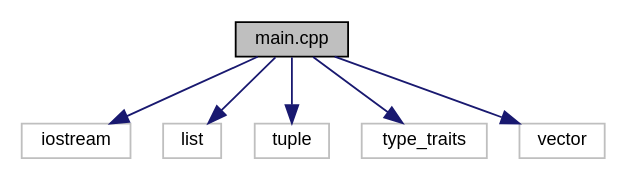
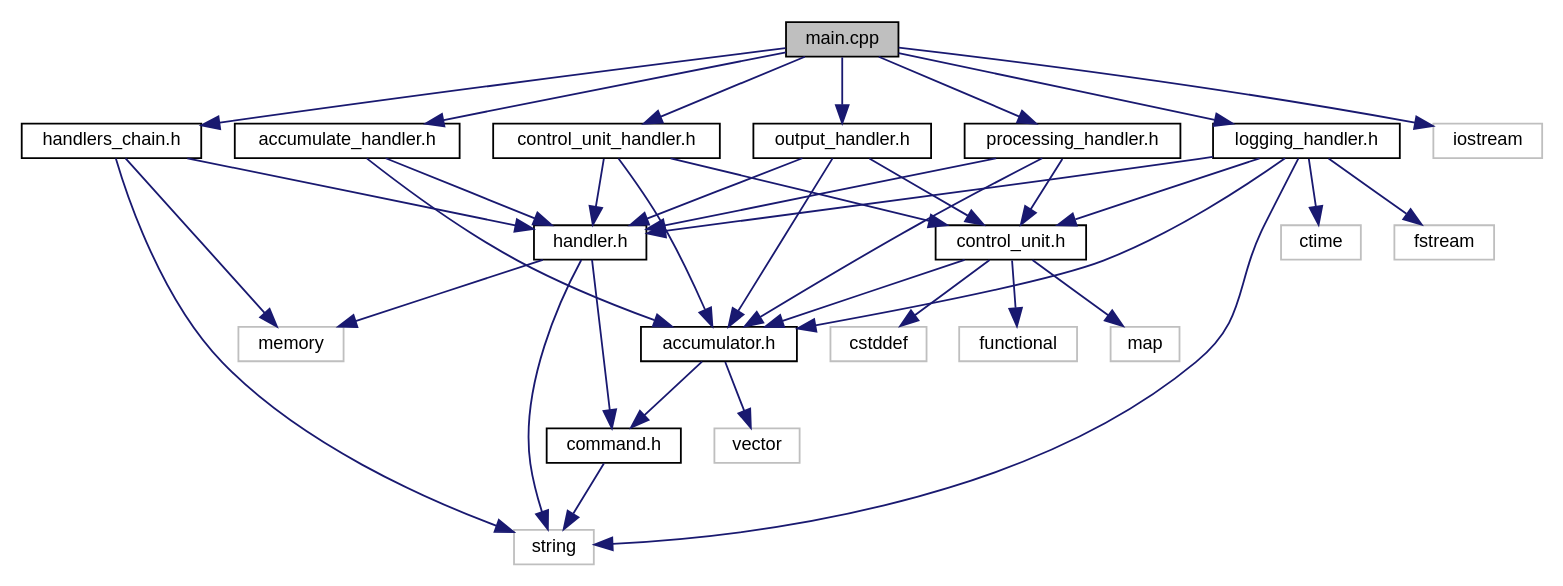
The diagram in main_8cpp__incl.dot (foghegehog/otus-cpp), drawn with Graphviz before and after one commit. The commit also changed 292 other files, not shown here.

```diff
--- a/main_8cpp__incl.dot
+++ b/main_8cpp__incl.dot
@@ -1,16 +1,62 @@
 digraph "main.cpp"
 {
   edge [fontname="Helvetica",fontsize="10",labelfontname="Helvetica",labelfontsize="10"];
   node [fontname="Helvetica",fontsize="10",shape=record];
   Node1 [label="main.cpp",height=0.2,width=0.4,color="black", fillcolor="grey75", style="filled", fontcolor="black"];
   Node1 -> Node2 [color="midnightblue",fontsize="10",style="solid",fontname="Helvetica"];
-  Node2 [label="iostream",height=0.2,width=0.4,color="grey75", fillcolor="white", style="filled"];
-  Node1 -> Node3 [color="midnightblue",fontsize="10",style="solid",fontname="Helvetica"];
-  Node3 [label="list",height=0.2,width=0.4,color="grey75", fillcolor="white", style="filled"];
-  Node1 -> Node4 [color="midnightblue",fontsize="10",style="solid",fontname="Helvetica"];
-  Node4 [label="tuple",height=0.2,width=0.4,color="grey75", fillcolor="white", style="filled"];
-  Node1 -> Node5 [color="midnightblue",fontsize="10",style="solid",fontname="Helvetica"];
-  Node5 [label="type_traits",height=0.2,width=0.4,color="grey75", fillcolor="white", style="filled"];
-  Node1 -> Node6 [color="midnightblue",fontsize="10",style="solid",fontname="Helvetica"];
+  Node2 [label="accumulate_handler.h",height=0.2,width=0.4,color="black", fillcolor="white", style="filled",URL="$accumulate__handler_8h.html"];
+  Node2 -> Node3 [color="midnightblue",fontsize="10",style="solid",fontname="Helvetica"];
+  Node3 [label="accumulator.h",height=0.2,width=0.4,color="black", fillcolor="white", style="filled",URL="$accumulator_8h.html"];
+  Node3 -> Node4 [color="midnightblue",fontsize="10",style="solid",fontname="Helvetica"];
+  Node4 [label="command.h",height=0.2,width=0.4,color="black", fillcolor="white", style="filled",URL="$command_8h.html"];
+  Node4 -> Node5 [color="midnightblue",fontsize="10",style="solid",fontname="Helvetica"];
+  Node5 [label="string",height=0.2,width=0.4,color="grey75", fillcolor="white", style="filled"];
+  Node3 -> Node6 [color="midnightblue",fontsize="10",style="solid",fontname="Helvetica"];
   Node6 [label="vector",height=0.2,width=0.4,color="grey75", fillcolor="white", style="filled"];
+  Node2 -> Node7 [color="midnightblue",fontsize="10",style="solid",fontname="Helvetica"];
+  Node7 [label="handler.h",height=0.2,width=0.4,color="black", fillcolor="white", style="filled",URL="$handler_8h.html"];
+  Node7 -> Node4 [color="midnightblue",fontsize="10",style="solid",fontname="Helvetica"];
+  Node7 -> Node8 [color="midnightblue",fontsize="10",style="solid",fontname="Helvetica"];
+  Node8 [label="memory",height=0.2,width=0.4,color="grey75", fillcolor="white", style="filled"];
+  Node7 -> Node5 [color="midnightblue",fontsize="10",style="solid",fontname="Helvetica"];
+  Node1 -> Node9 [color="midnightblue",fontsize="10",style="solid",fontname="Helvetica"];
+  Node9 [label="control_unit_handler.h",height=0.2,width=0.4,color="black", fillcolor="white", style="filled",URL="$control__unit__handler_8h.html"];
+  Node9 -> Node3 [color="midnightblue",fontsize="10",style="solid",fontname="Helvetica"];
+  Node9 -> Node10 [color="midnightblue",fontsize="10",style="solid",fontname="Helvetica"];
+  Node10 [label="control_unit.h",height=0.2,width=0.4,color="black", fillcolor="white", style="filled",URL="$control__unit_8h.html"];
+  Node10 -> Node3 [color="midnightblue",fontsize="10",style="solid",fontname="Helvetica"];
+  Node10 -> Node11 [color="midnightblue",fontsize="10",style="solid",fontname="Helvetica"];
+  Node11 [label="cstddef",height=0.2,width=0.4,color="grey75", fillcolor="white", style="filled"];
+  Node10 -> Node12 [color="midnightblue",fontsize="10",style="solid",fontname="Helvetica"];
+  Node12 [label="functional",height=0.2,width=0.4,color="grey75", fillcolor="white", style="filled"];
+  Node10 -> Node13 [color="midnightblue",fontsize="10",style="solid",fontname="Helvetica"];
+  Node13 [label="map",height=0.2,width=0.4,color="grey75", fillcolor="white", style="filled"];
+  Node9 -> Node7 [color="midnightblue",fontsize="10",style="solid",fontname="Helvetica"];
+  Node1 -> Node14 [color="midnightblue",fontsize="10",style="solid",fontname="Helvetica"];
+  Node14 [label="handlers_chain.h",height=0.2,width=0.4,color="black", fillcolor="white", style="filled",URL="$handlers__chain_8h.html"];
+  Node14 -> Node7 [color="midnightblue",fontsize="10",style="solid",fontname="Helvetica"];
+  Node14 -> Node8 [color="midnightblue",fontsize="10",style="solid",fontname="Helvetica"];
+  Node14 -> Node5 [color="midnightblue",fontsize="10",style="solid",fontname="Helvetica"];
+  Node1 -> Node15 [color="midnightblue",fontsize="10",style="solid",fontname="Helvetica"];
+  Node15 [label="logging_handler.h",height=0.2,width=0.4,color="black", fillcolor="white", style="filled",URL="$logging__handler_8h.html"];
+  Node15 -> Node3 [color="midnightblue",fontsize="10",style="solid",fontname="Helvetica"];
+  Node15 -> Node10 [color="midnightblue",fontsize="10",style="solid",fontname="Helvetica"];
+  Node15 -> Node7 [color="midnightblue",fontsize="10",style="solid",fontname="Helvetica"];
+  Node15 -> Node16 [color="midnightblue",fontsize="10",style="solid",fontname="Helvetica"];
+  Node16 [label="ctime",height=0.2,width=0.4,color="grey75", fillcolor="white", style="filled"];
+  Node15 -> Node17 [color="midnightblue",fontsize="10",style="solid",fontname="Helvetica"];
+  Node17 [label="fstream",height=0.2,width=0.4,color="grey75", fillcolor="white", style="filled"];
+  Node15 -> Node5 [color="midnightblue",fontsize="10",style="solid",fontname="Helvetica"];
+  Node1 -> Node18 [color="midnightblue",fontsize="10",style="solid",fontname="Helvetica"];
+  Node18 [label="output_handler.h",height=0.2,width=0.4,color="black", fillcolor="white", style="filled",URL="$output__handler_8h.html"];
+  Node18 -> Node7 [color="midnightblue",fontsize="10",style="solid",fontname="Helvetica"];
+  Node18 -> Node10 [color="midnightblue",fontsize="10",style="solid",fontname="Helvetica"];
+  Node18 -> Node3 [color="midnightblue",fontsize="10",style="solid",fontname="Helvetica"];
+  Node1 -> Node19 [color="midnightblue",fontsize="10",style="solid",fontname="Helvetica"];
+  Node19 [label="processing_handler.h",height=0.2,width=0.4,color="black", fillcolor="white", style="filled",URL="$processing__handler_8h.html"];
+  Node19 -> Node3 [color="midnightblue",fontsize="10",style="solid",fontname="Helvetica"];
+  Node19 -> Node10 [color="midnightblue",fontsize="10",style="solid",fontname="Helvetica"];
+  Node19 -> Node7 [color="midnightblue",fontsize="10",style="solid",fontname="Helvetica"];
+  Node1 -> Node20 [color="midnightblue",fontsize="10",style="solid",fontname="Helvetica"];
+  Node20 [label="iostream",height=0.2,width=0.4,color="grey75", fillcolor="white", style="filled"];
 }
```
